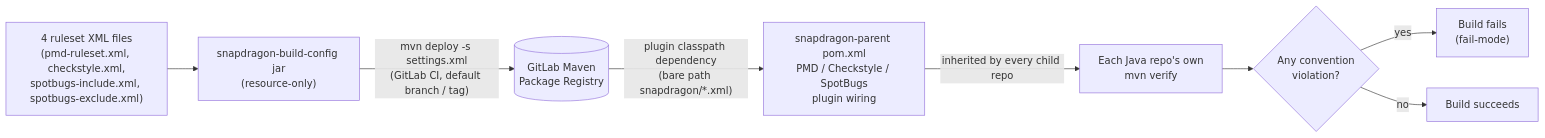
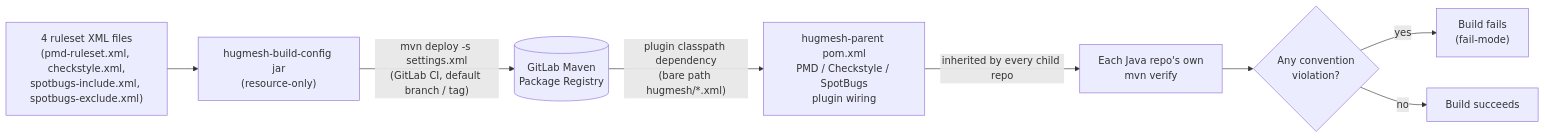
The diagram in README.md (hugmesh/hugmesh-build-config), drawn with Mermaid before and after one commit. The commit also changed other lines of this file and 6 other files, not shown here.

First line of the commit message:
rebrand: Snapdragon -> HugMesh (groupId, artifactId, resource path) (#9)

````diff
--- a/README.md
+++ b/README.md
@@ -74,19 +74,19 @@
 ```mermaid
 flowchart LR
     XML["4 ruleset XML files\n(pmd-ruleset.xml, checkstyle.xml,\nspotbugs-include.xml, spotbugs-exclude.xml)"]
-    JAR["snapdragon-build-config jar\n(resource-only)"]
+    JAR["hugmesh-build-config jar\n(resource-only)"]
     REG[("GitLab Maven\nPackage Registry")]
-    PARENT["snapdragon-parent pom.xml\nPMD / Checkstyle / SpotBugs\nplugin wiring"]
+    PARENT["hugmesh-parent pom.xml\nPMD / Checkstyle / SpotBugs\nplugin wiring"]
     REPO["Each Java repo's own\nmvn verify"]
     GATE{"Any convention\nviolation?"}
     FAIL["Build fails\n(fail-mode)"]
     PASS["Build succeeds"]
 
     XML --> JAR
     JAR -->|"mvn deploy -s settings.xml\n(GitLab CI, default branch / tag)"| REG
-    REG -->|"plugin classpath dependency\n(bare path snapdragon/*.xml)"| PARENT
+    REG -->|"plugin classpath dependency\n(bare path hugmesh/*.xml)"| PARENT
     PARENT -->|"inherited by every child repo"| REPO
     REPO --> GATE
     GATE -->|yes| FAIL
     GATE -->|no| PASS
 ```
````
